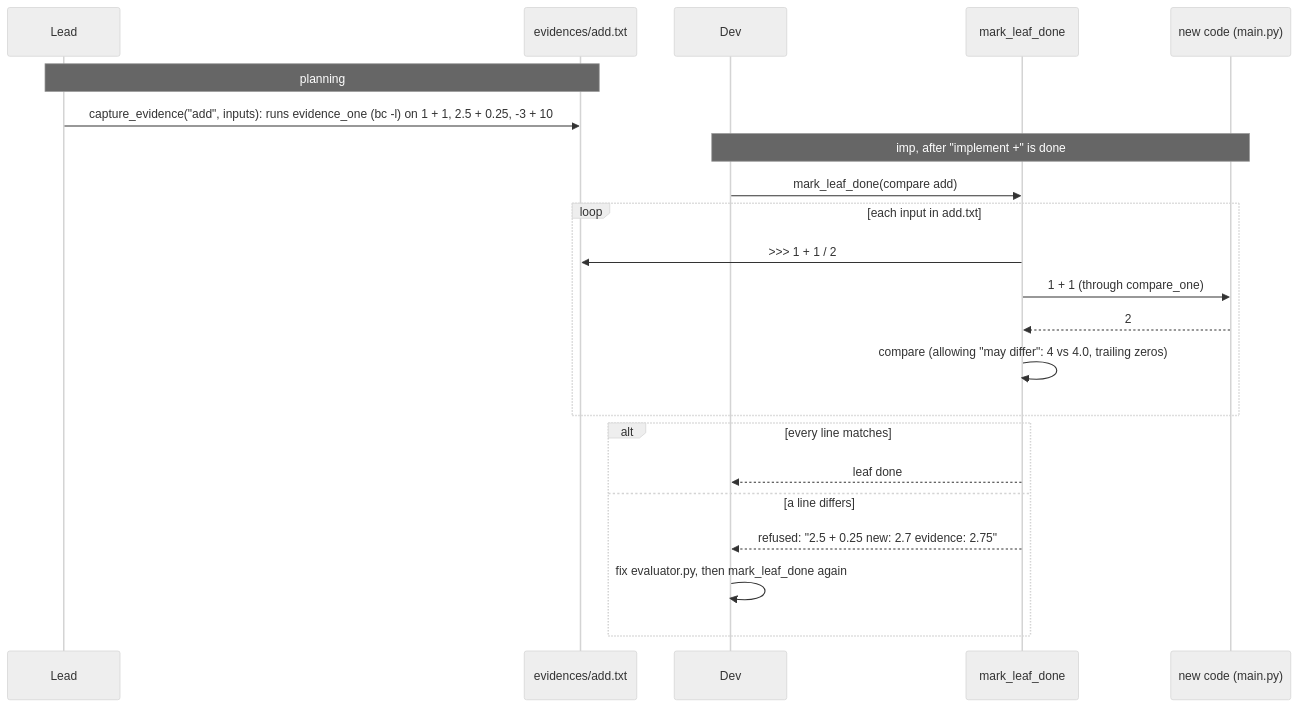
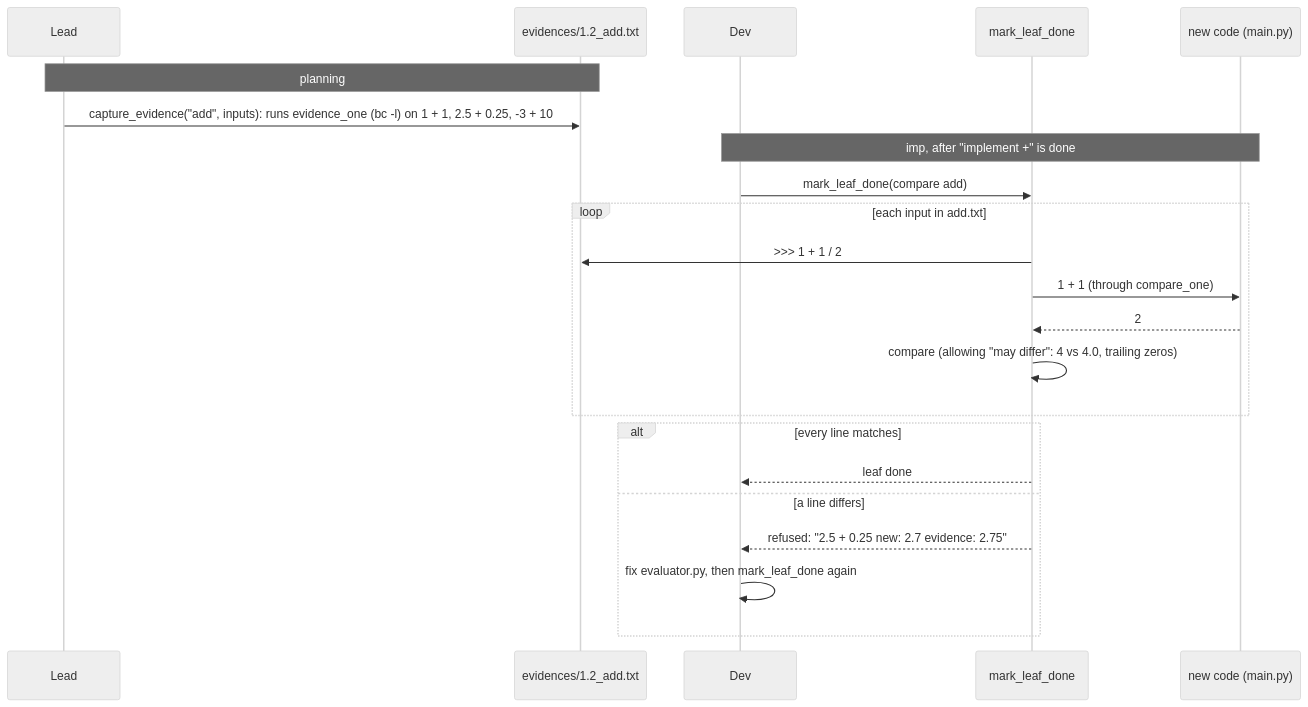
The second of 2 diagrams in docs/old_new.md (Tejasvedagiri/Just-Finish-It), drawn with Mermaid (neutral theme) before and after one commit. The commit also changed other lines of this file and 12 other files, not shown here.

````diff
--- a/docs/old_new.md
+++ b/docs/old_new.md
@@ -214,25 +214,25 @@
 ```mermaid
 sequenceDiagram
     participant Lead
-    participant Ev as evidences/add.txt
+    participant Ev as evidences/1.2_add.txt
     participant Dev
     participant Gate as mark_leaf_done
     participant New as new code (main.py)
 
     Note over Lead,Ev: planning
     Lead->>Ev: capture_evidence("add", inputs): runs evidence_one (bc -l) on 1 + 1, 2.5 + 0.25, -3 + 10
     Note over Dev,New: imp, after "implement +" is done
     Dev->>Gate: mark_leaf_done(compare add)
     loop each input in add.txt
         Gate->>Ev: >>> 1 + 1 / 2
         Gate->>New: 1 + 1 (through compare_one)
         New-->>Gate: 2
         Gate->>Gate: compare (allowing "may differ": 4 vs 4.0, trailing zeros)
     end
     alt every line matches
         Gate-->>Dev: leaf done
     else a line differs
         Gate-->>Dev: refused: "2.5 + 0.25  new: 2.7  evidence: 2.75"
         Dev->>Dev: fix evaluator.py, then mark_leaf_done again
     end
 ```
````
